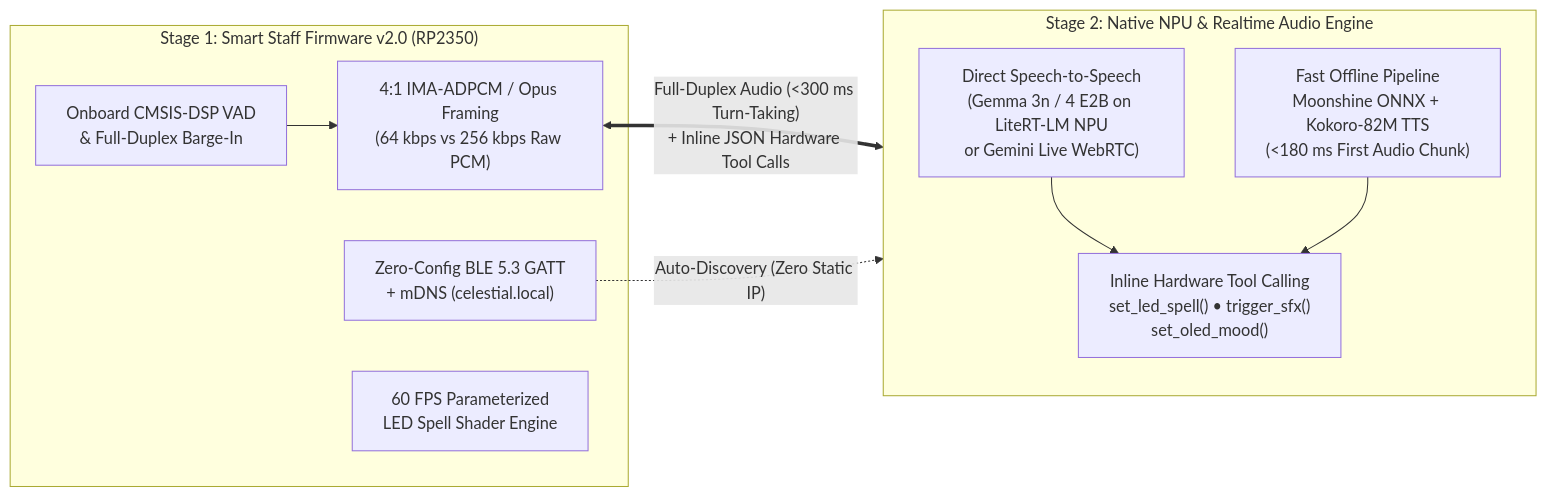
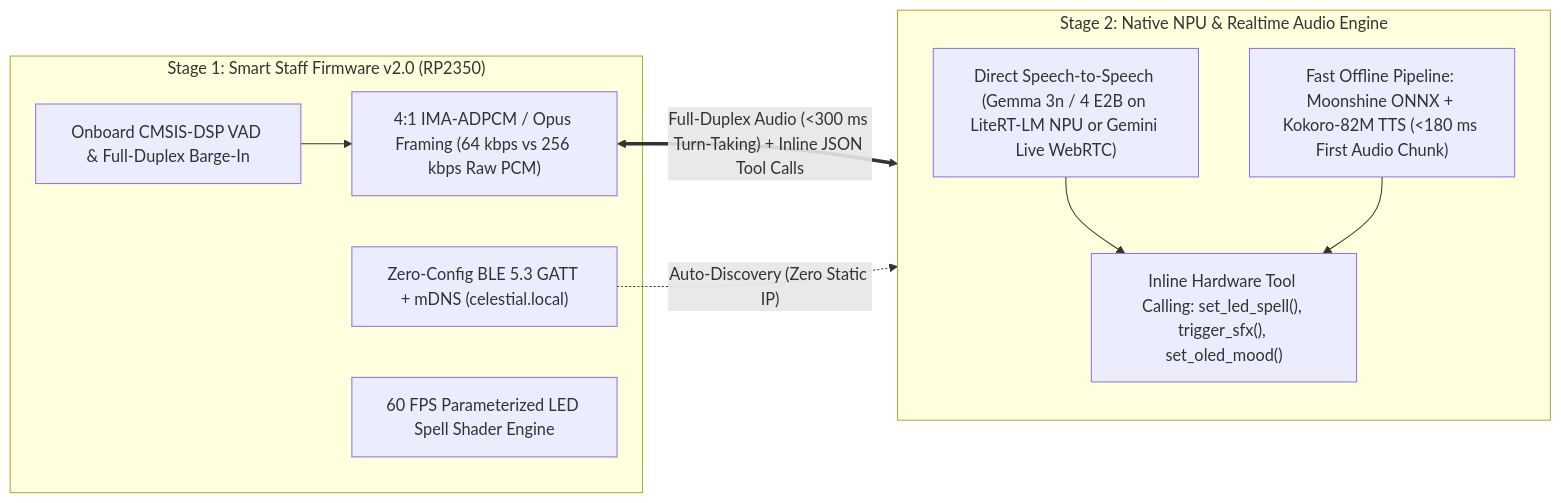
The third of 3 diagrams in README.md (DerAndr/celestial_engine_project), drawn with Mermaid before and after one commit. The commit also changed other lines of this file, not shown here.

Commit message:
fix(readme): remove escaped quotes and square brackets in Mermaid diagrams for GitHub parser

````diff
--- a/README.md
+++ b/README.md
@@ -108,21 +108,21 @@
 ```mermaid
 flowchart LR
     subgraph EDGE["Stage 1: Smart Staff Firmware v2.0 (RP2350)"]
-        VAD["Onboard CMSIS-DSP VAD\n& Full-Duplex Barge-In"]
-        CODEC["4:1 IMA-ADPCM / Opus Framing\n(64 kbps vs 256 kbps Raw PCM)"]
-        DISC["Zero-Config BLE 5.3 GATT\n+ mDNS (celestial.local)"]
-        SHADER["60 FPS Parameterized\nLED Spell Shader Engine"]
+        VAD["Onboard CMSIS-DSP VAD & Full-Duplex Barge-In"]
+        CODEC["4:1 IMA-ADPCM / Opus Framing (64 kbps vs 256 kbps Raw PCM)"]
+        DISC["Zero-Config BLE 5.3 GATT + mDNS (celestial.local)"]
+        SHADER["60 FPS Parameterized LED Spell Shader Engine"]
         VAD --> CODEC
     end
 
     subgraph NPU["Stage 2: Native NPU & Realtime Audio Engine"]
-        OMNI["Direct Speech-to-Speech\n(Gemma 3n / 4 E2B on LiteRT-LM NPU\nor Gemini Live WebRTC)"]
-        FAST["Fast Offline Pipeline\nMoonshine ONNX + Kokoro-82M TTS\n(<180 ms First Audio Chunk)"]
-        TOOLS["Inline Hardware Tool Calling\nset_led_spell() • trigger_sfx()\nset_oled_mood()"]
+        OMNI["Direct Speech-to-Speech (Gemma 3n / 4 E2B on LiteRT-LM NPU or Gemini Live WebRTC)"]
+        FAST["Fast Offline Pipeline: Moonshine ONNX + Kokoro-82M TTS (<180 ms First Audio Chunk)"]
+        TOOLS["Inline Hardware Tool Calling: set_led_spell(), trigger_sfx(), set_oled_mood()"]
         OMNI --> TOOLS
         FAST --> TOOLS
     end
 
-    CODEC <== "Full-Duplex Audio (<300 ms Turn-Taking)\n+ Inline JSON Hardware Tool Calls" ==> NPU
+    CODEC <== "Full-Duplex Audio (<300 ms Turn-Taking) + Inline JSON Tool Calls" ==> NPU
     DISC -. "Auto-Discovery (Zero Static IP)" .-> NPU
 ```
````
